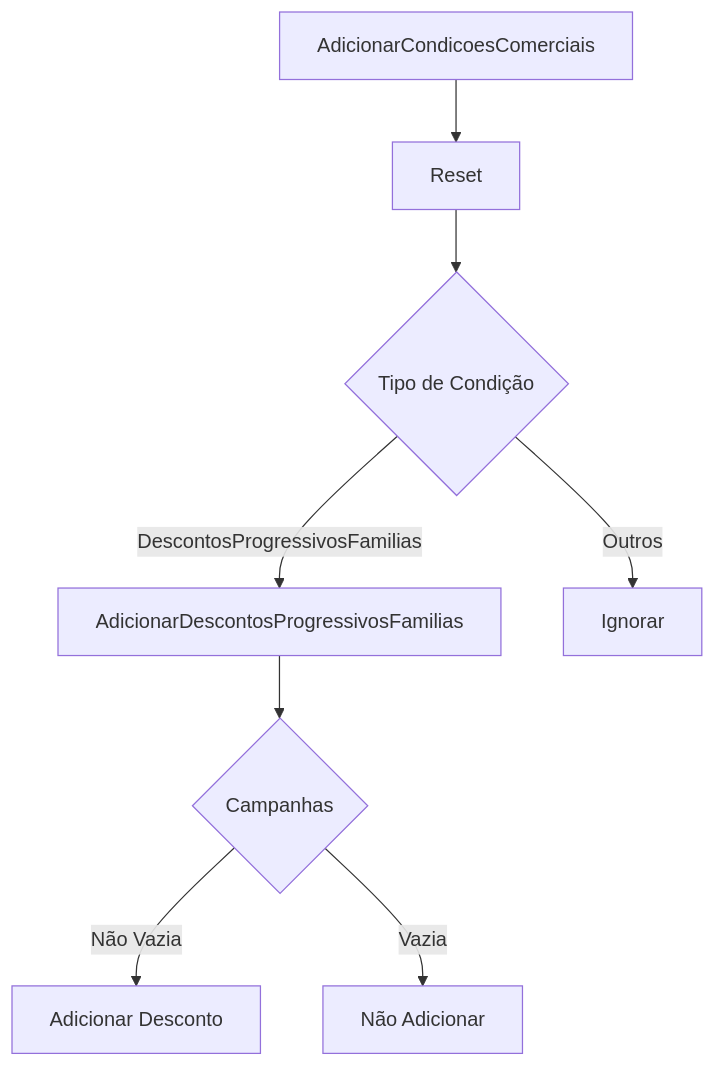
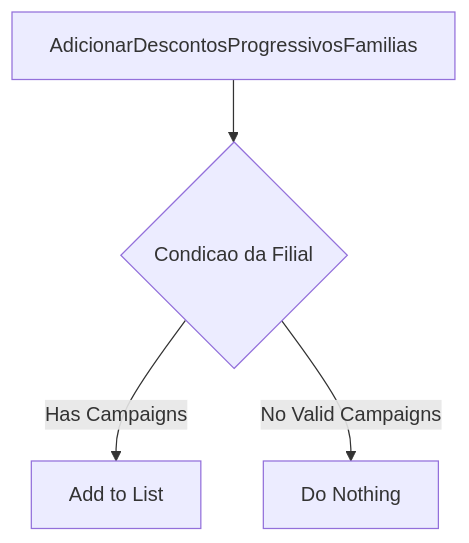
One commit to IsthmusSistemas/documentacao-tecnica changed the first of 2 diagrams in docs/b2b-dominio/IsthmusWinthor.Nucleo/IsthmusWinthor.Dominio/POCO/Precos/IsthmusIndustrias/CondicaoIsthmusIndustriaPrecoProdutoERP.md. Above: the diagram before and after it, drawn with Mermaid. The commit also changed other lines of this file and 882 other files, not shown here.

````diff
--- a/docs/b2b-dominio/IsthmusWinthor.Nucleo/IsthmusWinthor.Dominio/POCO/Precos/IsthmusIndustrias/CondicaoIsthmusIndustriaPrecoProdutoERP.md
+++ b/docs/b2b-dominio/IsthmusWinthor.Nucleo/IsthmusWinthor.Dominio/POCO/Precos/IsthmusIndustrias/CondicaoIsthmusIndustriaPrecoProdutoERP.md
@@ -36,10 +28,6 @@
 ```mermaid
 flowchart TD
-    A[AdicionarCondicoesComerciais] --> B[Reset]
-    B --> C{Tipo de Condição}
-    C -->|DescontosProgressivosFamilias| D[AdicionarDescontosProgressivosFamilias]
-    C -->|Outros| E[Ignorar]
-    D --> F{Campanhas}
-    F -->|Não Vazia| G[Adicionar Desconto]
-    F -->|Vazia| H[Não Adicionar]
+    A[AdicionarDescontosProgressivosFamilias] --> B{Condicao da Filial}
+    B -->|Has Campaigns| C[Add to List]
+    B -->|No Valid Campaigns| D[Do Nothing]
 ```
````
